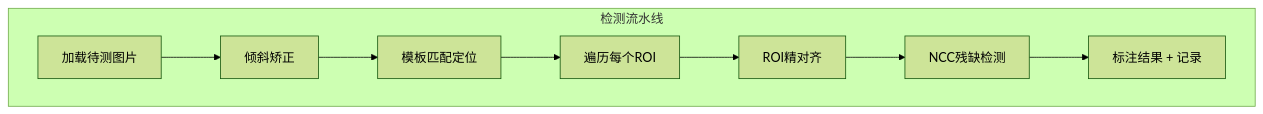
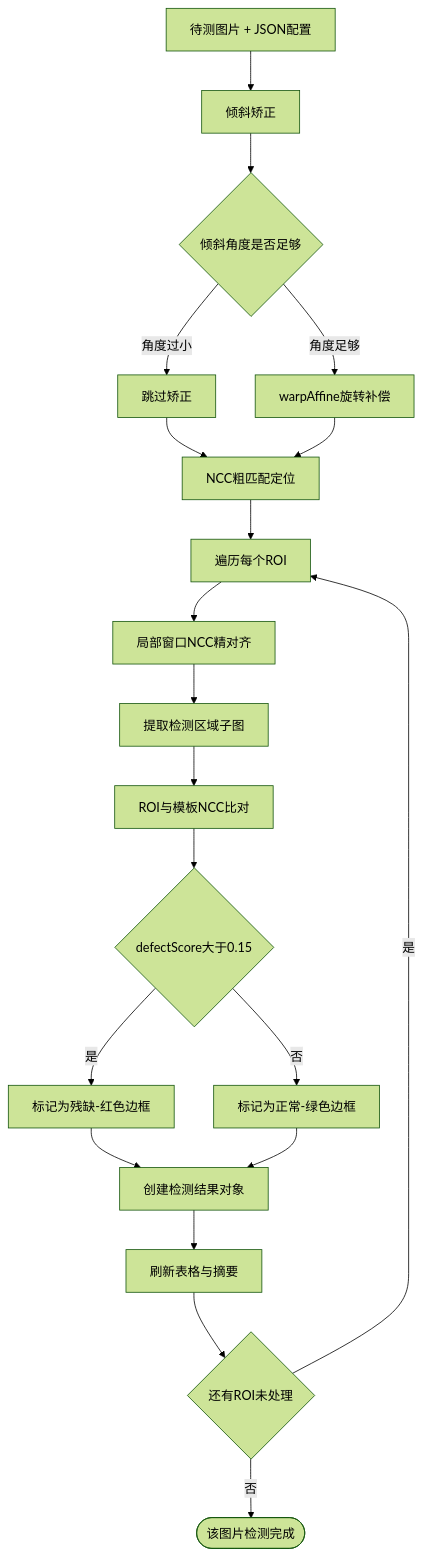
The third of 11 diagrams in docs/期末大作业报告.md (ggsmida1/CV_Project), drawn with Mermaid (forest theme) before and after one commit. The commit also changed other lines of this file, not shown here.

````diff
--- a/docs/期末大作业报告.md
+++ b/docs/期末大作业报告.md
@@ -50,11 +156,22 @@
 ```mermaid
 graph TD
-    subgraph 检测流水线
-        A[加载待测图片] --> B[倾斜矫正]
-        B --> C[模板匹配定位]
-        C --> D[遍历每个ROI]
-        D --> E[ROI精对齐]
-        E --> F[NCC残缺检测]
-        F --> G[标注结果 + 记录]
-    end
+    A[待测图片 + JSON配置] --> B[倾斜矫正]
+    B --> C{倾斜角度是否足够}
+    C -- 角度过小 --> D[跳过矫正]
+    C -- 角度足够 --> E[warpAffine旋转补偿]
+    D --> F[NCC粗匹配定位]
+    E --> F
+    F --> G[遍历每个ROI]
+    G --> H[局部窗口NCC精对齐]
+    H --> I[提取检测区域子图]
+    I --> J[ROI与模板NCC比对]
+    J --> K{defectScore大于0.15}
+    K -- 是 --> L[标记为残缺-红色边框]
+    K -- 否 --> M[标记为正常-绿色边框]
+    L --> N[创建检测结果对象]
+    M --> N
+    N --> O[刷新表格与摘要]
+    O --> P{还有ROI未处理}
+    P -- 是 --> G
+    P -- 否 --> Q([该图片检测完成])
 ```
````
